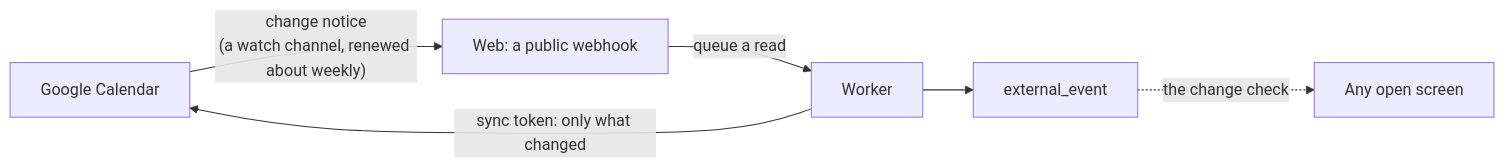
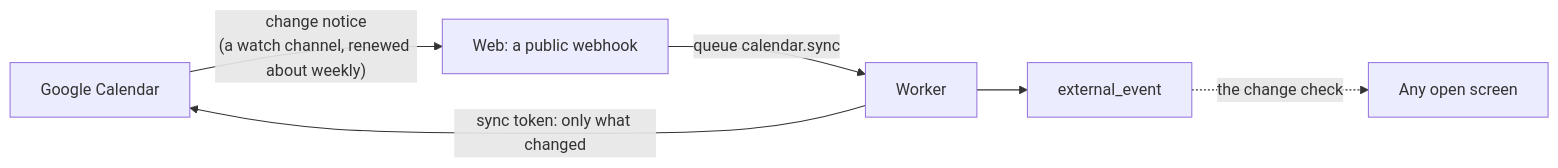
One commit to janiceyujie/talent_biz_os changed the ninth of 9 diagrams in docs/system-map.md. Above: the diagram before and after it, drawn with Mermaid. The commit also changed other lines of this file and 40 other files, not shown here.

````diff
--- a/docs/system-map.md
+++ b/docs/system-map.md
@@ -355,8 +355,8 @@
 ```mermaid
 flowchart LR
   GC["Google Calendar"] -->|"change notice<br/>(a watch channel, renewed about weekly)"| HK["Web: a public webhook"]
-  HK -->|queue a read| K["Worker"]
+  HK -->|queue calendar.sync| K["Worker"]
   K -->|"sync token: only what changed"| GC
   K --> EE["external_event"]
   EE -.->|the change check| UI["Any open screen"]
 ```
````
